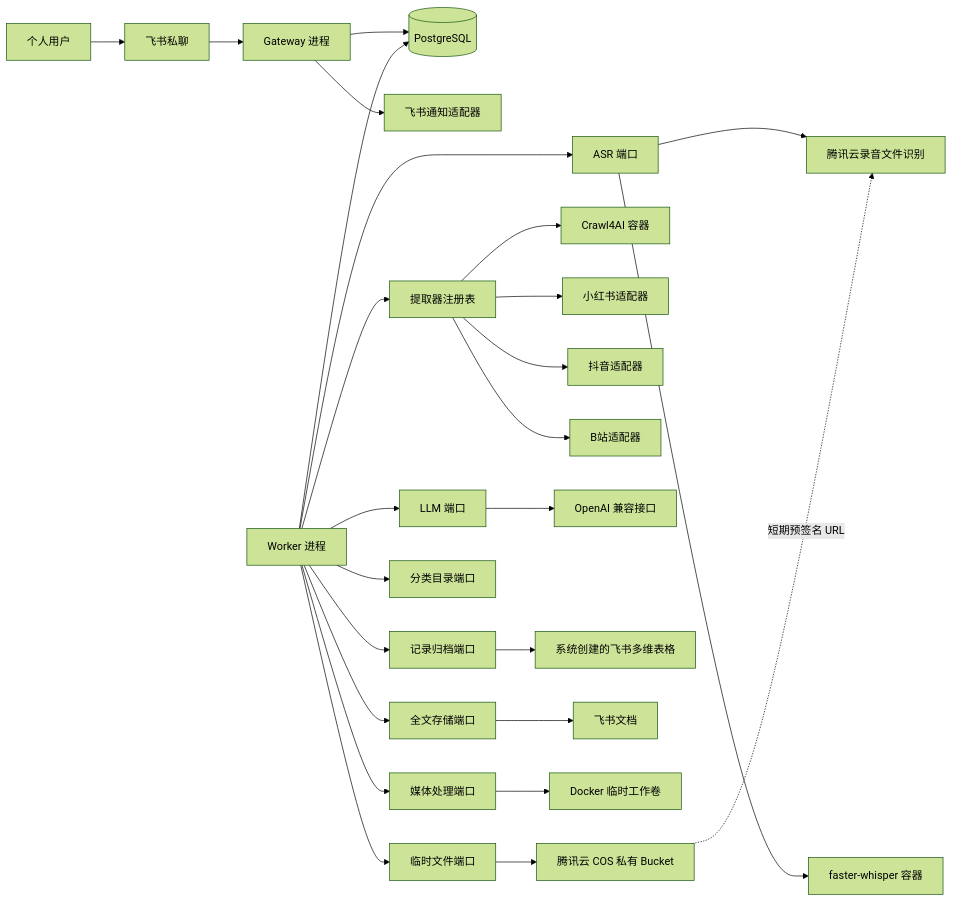
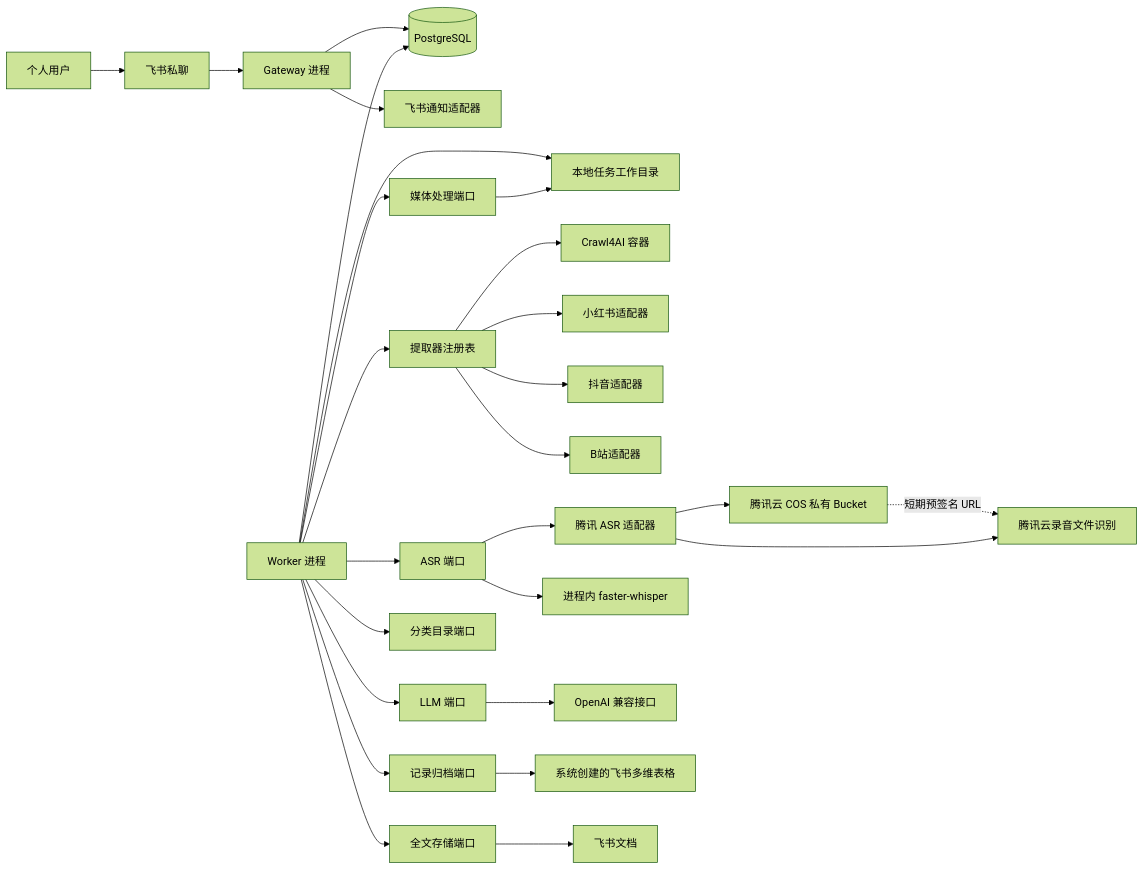
The first of 2 diagrams in docs/TECHNICAL_ARCHITECTURE.md (ybh-ybh/know-where), drawn with Mermaid (forest theme) before and after one commit. The commit also changed other lines of this file and 25 other files, not shown here.

First line of the commit message:
feat(media): 解耦临时存储并接入本地 faster-whisper ASR

````diff
--- a/docs/TECHNICAL_ARCHITECTURE.md
+++ b/docs/TECHNICAL_ARCHITECTURE.md
@@ -130,30 +130,31 @@
 ```mermaid
 flowchart LR
     U[个人用户] --> F[飞书私聊]
     F --> G[Gateway 进程]
     G --> PG[(PostgreSQL)]
     G --> N[飞书通知适配器]
 
     W[Worker 进程] --> PG
     W --> ER[提取器注册表]
     W --> MP[媒体处理端口]
     W --> ASR[ASR 端口]
     W --> LLM[LLM 端口]
     W --> CAT[分类目录端口]
     W --> REC[记录归档端口]
     W --> DOC[全文存储端口]
-    W --> BLOB[临时文件端口]
+    W --> VOL[本地任务工作目录]
 
     ER --> CRAWL[Crawl4AI 容器]
     ER --> XHS[小红书适配器]
     ER --> DY[抖音适配器]
     ER --> BL[B站适配器]
-    ASR --> TASR[腾讯云录音文件识别]
-    ASR --> FW[faster-whisper 容器]
+    ASR --> TA[腾讯 ASR 适配器]
+    ASR --> FW[进程内 faster-whisper]
     LLM --> OAI[OpenAI 兼容接口]
     REC --> BT[系统创建的飞书多维表格]
     DOC --> FD[飞书文档]
-    MP --> VOL[Docker 临时工作卷]
-    BLOB --> COS[腾讯云 COS 私有 Bucket]
+    MP --> VOL
+    TA --> COS[腾讯云 COS 私有 Bucket]
     COS -. 短期预签名 URL .-> TASR
+    TA --> TASR[腾讯云录音文件识别]
 ```
````
